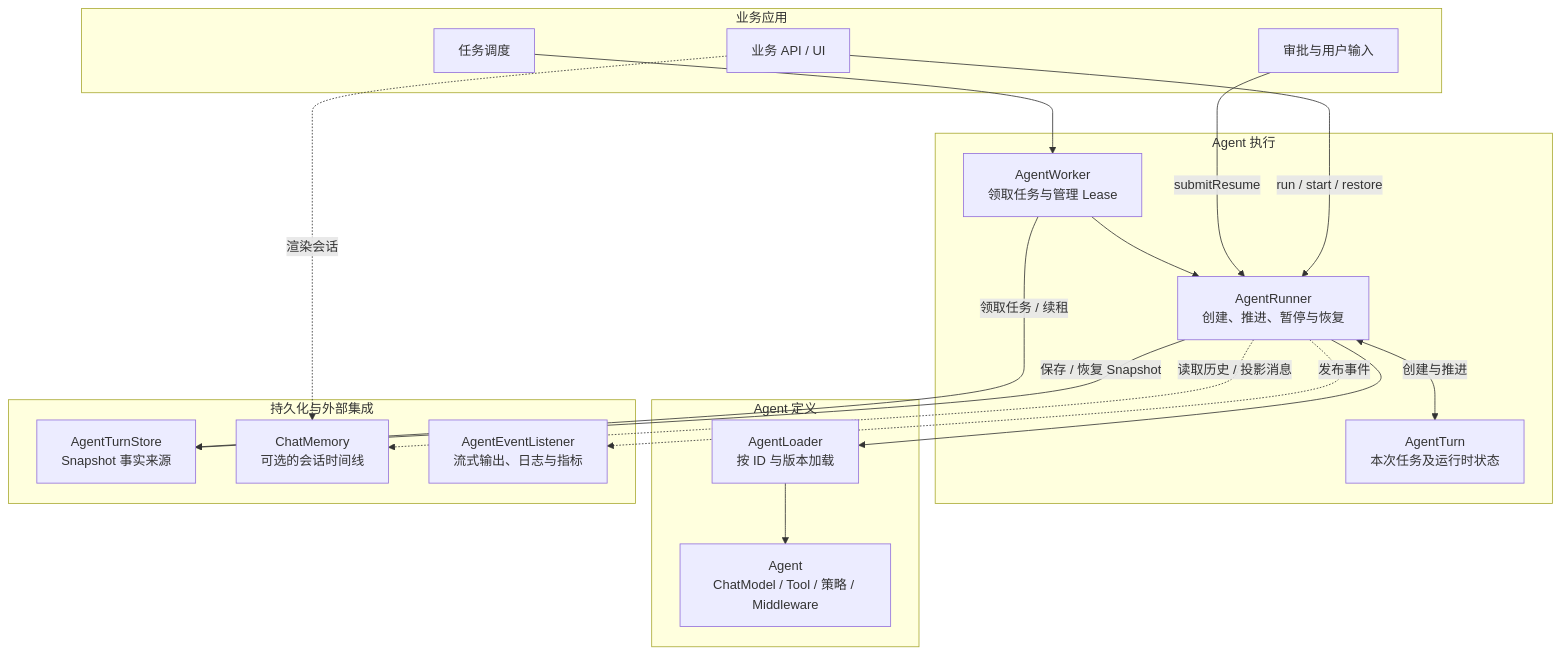
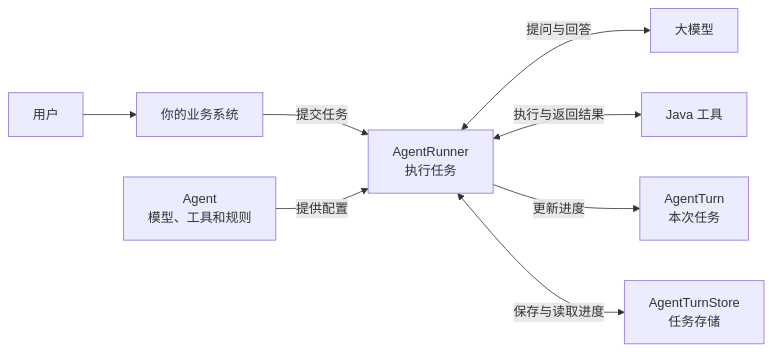
The diagram in docs/zh/agent/architecture.md (agents-flex/agents-flex), drawn with Mermaid before and after one commit. The commit also changed other lines of this file and 29 other files, not shown here.

````diff
--- a/docs/zh/agent/architecture.md
+++ b/docs/zh/agent/architecture.md
@@ -14,38 +22,12 @@
 ```mermaid
-flowchart TB
-    subgraph Application["业务应用"]
-        App["业务 API / UI"]
-        Approval["审批与用户输入"]
-        Scheduler["任务调度"]
-    end
+flowchart LR
+    User["用户"] --> App["你的业务系统"]
+    App -->|"提交任务"| Runner["AgentRunner<br/>执行任务"]
 
-    subgraph Runtime["Agent 执行"]
-        Runner["AgentRunner<br/>创建、推进、暂停与恢复"]
-        Worker["AgentWorker<br/>领取任务与管理 Lease"]
-        Turn["AgentTurn<br/>本次任务及运行时状态"]
-    end
+    Agent["Agent<br/>模型、工具和规则"] -->|"提供配置"| Runner
+    Runner <-->|"提问与回答"| Model["大模型"]
+    Runner <-->|"执行与返回结果"| Tool["Java 工具"]
 
-    subgraph Definition["Agent 定义"]
-        Loader["AgentLoader<br/>按 ID 与版本加载"]
-        AgentDef["Agent<br/>ChatModel / Tool / 策略 / Middleware"]
-    end
-
-    subgraph Integration["持久化与外部集成"]
-        Store["AgentTurnStore<br/>Snapshot 事实来源"]
-        Memory["ChatMemory<br/>可选的会话时间线"]
-        Listener["AgentEventListener<br/>流式输出、日志与指标"]
-    end
-
-    App -->|"run / start / restore"| Runner
-    Approval -->|"submitResume"| Runner
-    Scheduler --> Worker
-    Worker --> Runner
-    Runner <--> |"创建与推进"| Turn
-    Runner --> Loader
-    Loader --> AgentDef
-    Runner -->|"保存 / 恢复 Snapshot"| Store
-    Worker -->|"领取任务 / 续租"| Store
-    Runner -.->|"读取历史 / 投影消息"| Memory
-    App -.->|"渲染会话"| Memory
-    Runner -.->|"发布事件"| Listener
+    Runner -->|"更新进度"| Turn["AgentTurn<br/>本次任务"]
+    Runner <-->|"保存与读取进度"| Store["AgentTurnStore<br/>任务存储"]
 ```
````
